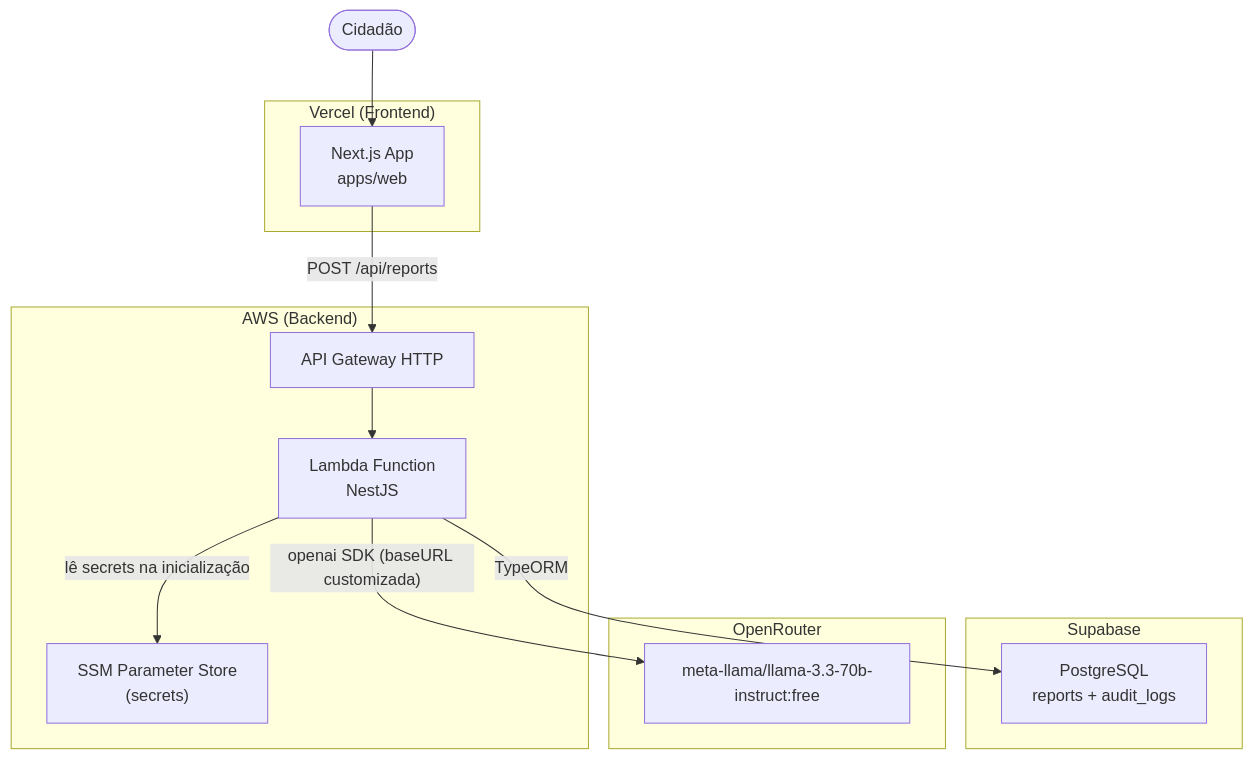
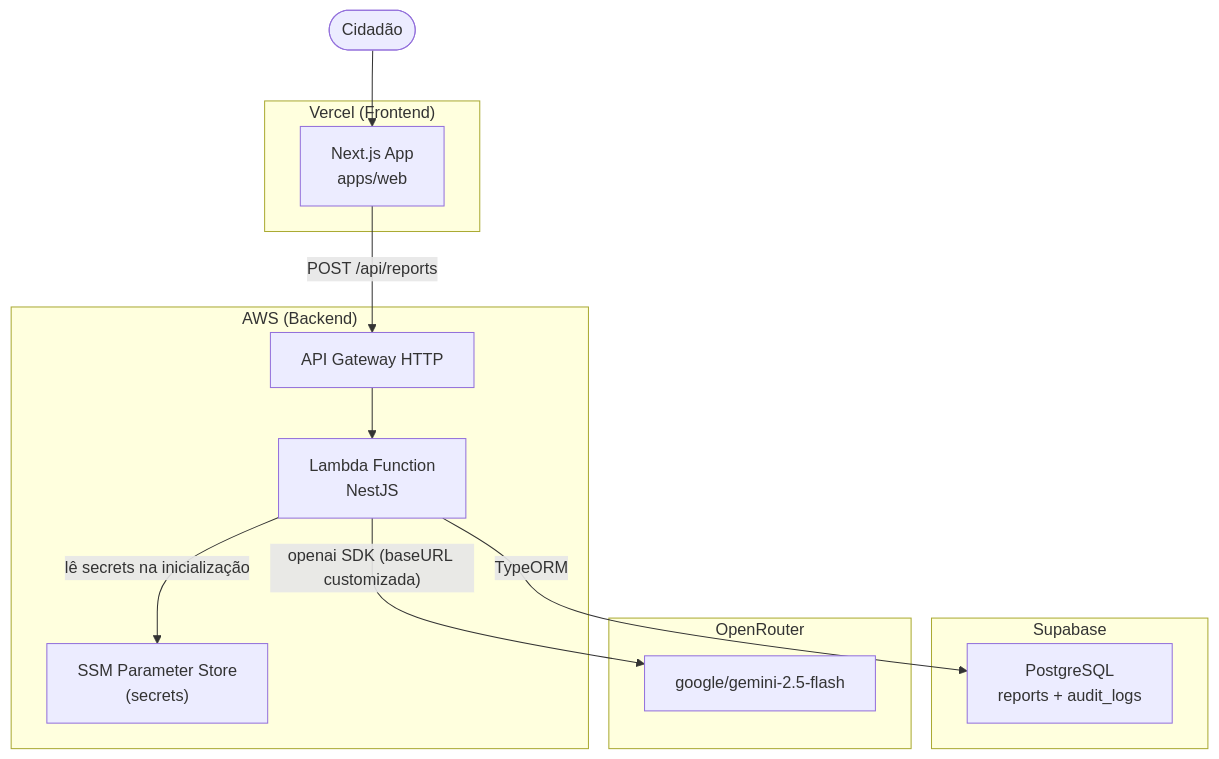
Before and after one commit to lgustavosoftwareengineer/zeladoria-inteligente: the second of 2 diagrams in README.md, drawn with Mermaid. The commit also changed other lines of this file and 6 other files, not shown here.

First line of the commit message:
refactor: update LLM model references to Google Gemini

````diff
--- a/README.md
+++ b/README.md
@@ -74,27 +74,27 @@
 ```mermaid
 graph TB
     subgraph Vercel["Vercel (Frontend)"]
         Web["Next.js App<br/>apps/web"]
     end
 
     subgraph AWS["AWS (Backend)"]
         APIGW["API Gateway HTTP"]
         Lambda["Lambda Function<br/>NestJS"]
         SSM["SSM Parameter Store<br/>(secrets)"]
     end
 
     subgraph Supabase["Supabase"]
         PG["PostgreSQL<br/>reports + audit_logs"]
     end
 
     subgraph OpenRouter["OpenRouter"]
-        Llama["meta-llama/llama-3.3-70b-instruct:free"]
+        Gemini["google/gemini-2.5-flash"]
     end
 
     Cidadão([Cidadão]) --> Web
     Web -->|"POST /api/reports"| APIGW
     APIGW --> Lambda
     Lambda -->|"lê secrets na inicialização"| SSM
     Lambda -->|"TypeORM"| PG
-    Lambda -->|"openai SDK (baseURL customizada)"| Llama
+    Lambda -->|"openai SDK (baseURL customizada)"| Gemini
 ```
````
